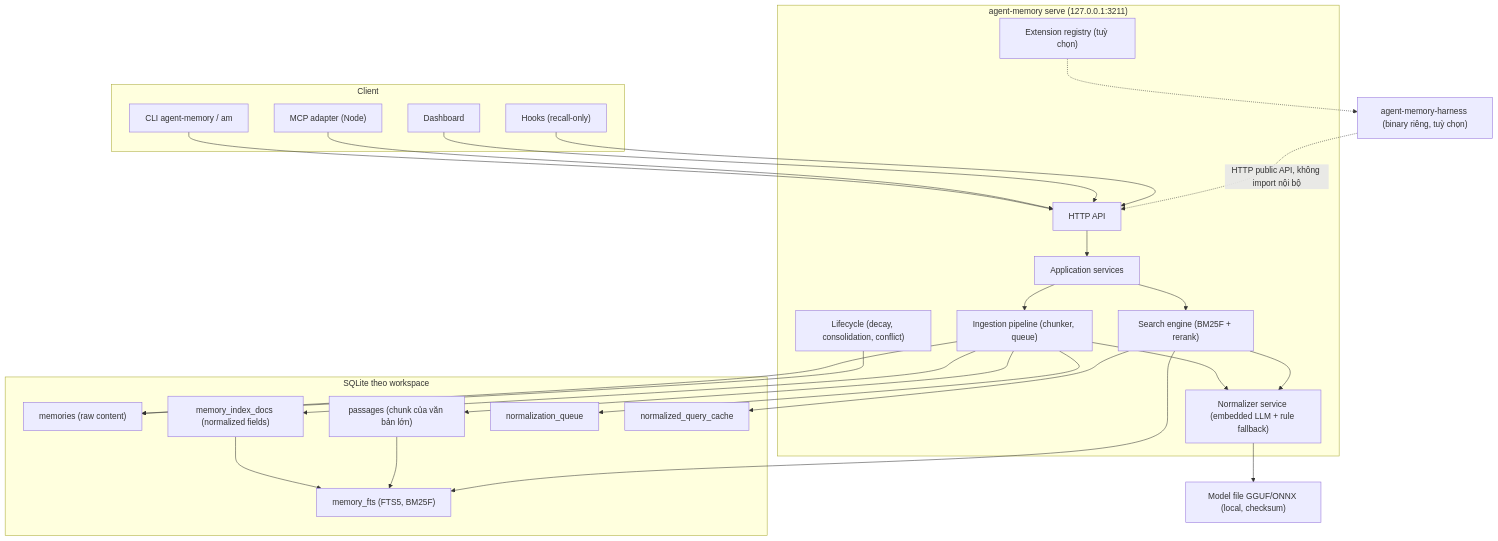
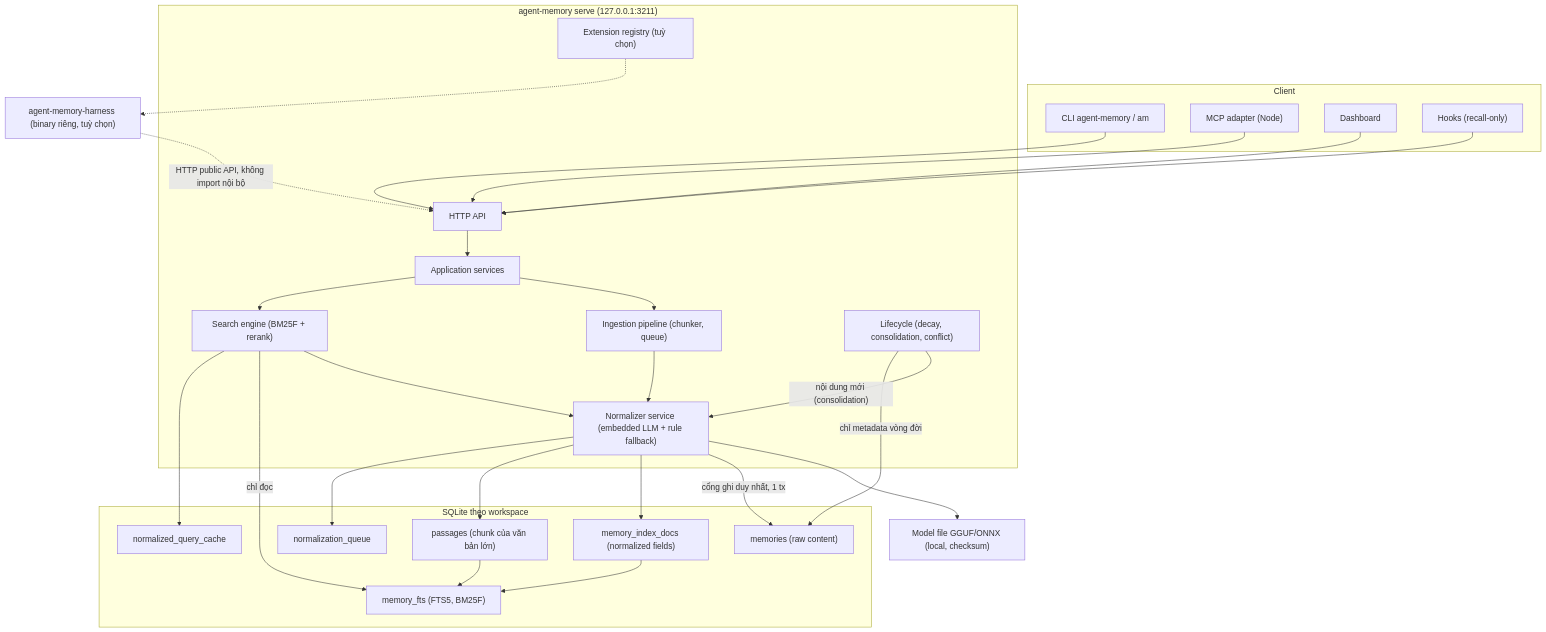
Before and after one commit to taimufuraiyaa/agent-memory: the second of 7 diagrams in docs/pr01/planning-artifacts/architecture/architecture-agent-memory-2026-10-20/solution-design.md, drawn with Mermaid. The commit also changed other lines of this file and 10 other files, not shown here.

````diff
--- a/docs/pr01/planning-artifacts/architecture/architecture-agent-memory-2026-10-20/solution-design.md
+++ b/docs/pr01/planning-artifacts/architecture/architecture-agent-memory-2026-10-20/solution-design.md
@@ -36,48 +36,49 @@
 ```mermaid
 flowchart TB
     subgraph Clients["Client"]
         CLI["CLI agent-memory / am"]
         MCP["MCP adapter (Node)"]
         Dash["Dashboard"]
         Hooks["Hooks (recall-only)"]
     end
     subgraph Daemon["agent-memory serve (127.0.0.1:3211)"]
         API["HTTP API"]
         App["Application services"]
         Norm["Normalizer service (embedded LLM + rule fallback)"]
         Ingest["Ingestion pipeline (chunker, queue)"]
         Search["Search engine (BM25F + rerank)"]
         Life["Lifecycle (decay, consolidation, conflict)"]
         Ext["Extension registry (tuỳ chọn)"]
     end
     subgraph Storage["SQLite theo workspace"]
         Mem["memories (raw content)"]
         Doc["memory_index_docs (normalized fields)"]
         FTS["memory_fts (FTS5, BM25F)"]
         Pass["passages (chunk của văn bản lớn)"]
         NQ["normalization_queue"]
         QC["normalized_query_cache"]
     end
     Model["Model file GGUF/ONNX (local, checksum)"]
     Harness["agent-memory-harness (binary riêng, tuỳ chọn)"]
 
     CLI --> API
     MCP --> API
     Dash --> API
     Hooks --> API
     API --> App
     App --> Ingest --> Norm
     App --> Search --> Norm
     Norm --> Model
-    Ingest --> Mem
-    Ingest --> Doc
-    Ingest --> Pass
-    Ingest --> NQ
+    Norm -->|"cổng ghi duy nhất, 1 tx"| Mem
+    Norm --> Doc
+    Norm --> Pass
+    Norm --> NQ
     Doc --> FTS
     Pass --> FTS
-    Search --> FTS
+    Search -->|"chỉ đọc"| FTS
     Search --> QC
-    Life --> Mem
+    Life -->|"nội dung mới (consolidation)"| Norm
+    Life -->|"chỉ metadata vòng đời"| Mem
     Harness -.->|"HTTP public API, không import nội bộ"| API
     Ext -.-> Harness
 ```
````
